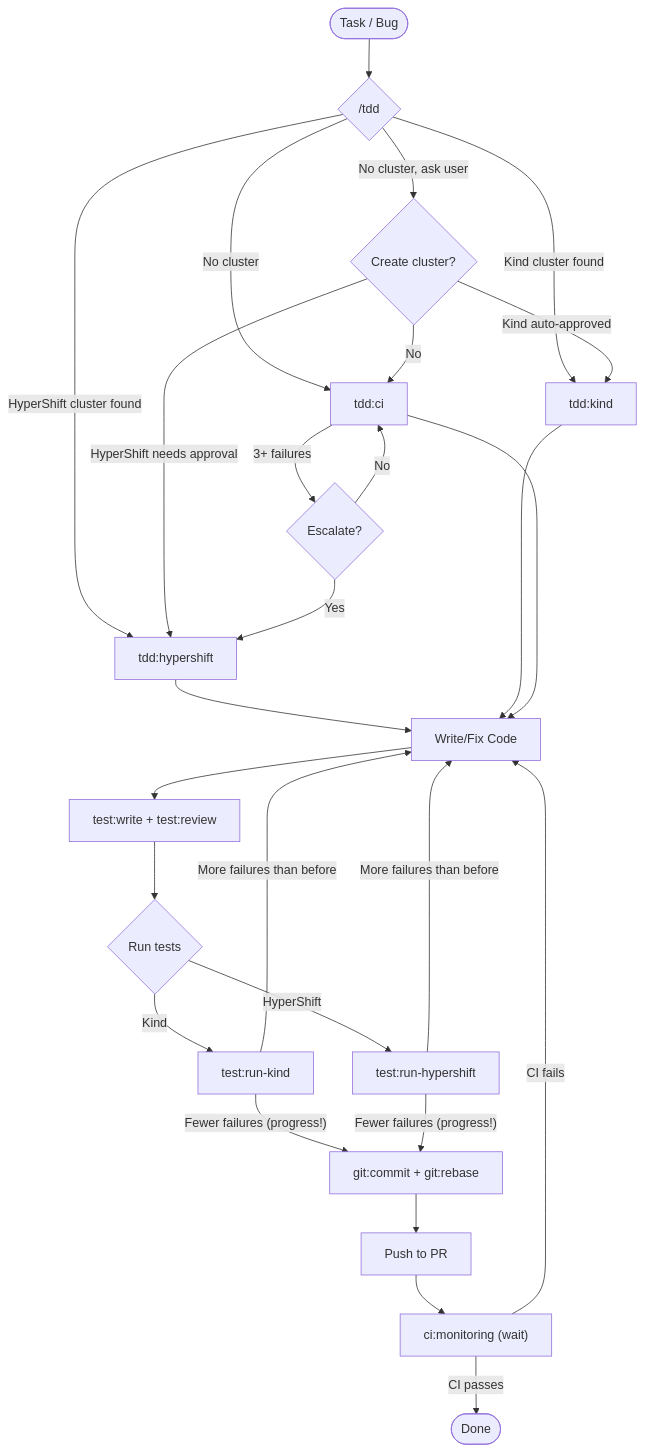
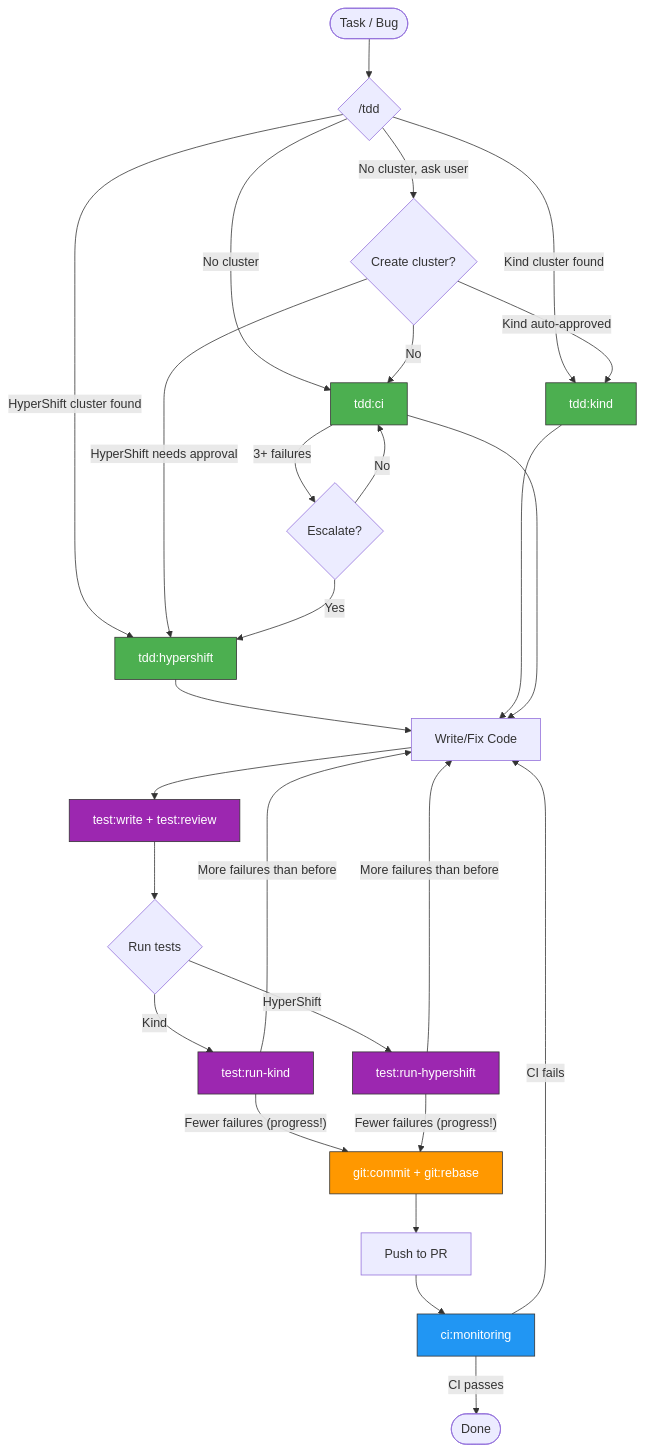
Before and after one commit to pdettori/kagenti: the first of 8 diagrams in .claude/skills/README.md, drawn with Mermaid. The commit also changed other lines of this file and 13 other files, not shown here.

First line of the commit message:
🌱 Add TOC, color-coded diagrams, cross-links, and review fixes

````diff
--- a/.claude/skills/README.md
+++ b/.claude/skills/README.md
@@ -19,32 +52,37 @@
 ```mermaid
 flowchart TD
     START([Task / Bug]) --> TDD{"/tdd"}
-    TDD -->|HyperShift cluster found| HS["tdd:hypershift"]
-    TDD -->|Kind cluster found| KIND["tdd:kind"]
-    TDD -->|No cluster| CI["tdd:ci"]
+    TDD -->|HyperShift cluster found| HS["tdd:hypershift"]:::tdd
+    TDD -->|Kind cluster found| KIND["tdd:kind"]:::tdd
+    TDD -->|No cluster| CI["tdd:ci"]:::tdd
     TDD -->|No cluster, ask user| CREATE{"Create cluster?"}
     CREATE -->|Kind auto-approved| KIND
     CREATE -->|HyperShift needs approval| HS
     CREATE -->|No| CI
 
     CI -->|"3+ failures"| ESCALATE{"Escalate?"}
     ESCALATE -->|Yes| HS
     ESCALATE -->|No| CI
 
     HS --> CODE[Write/Fix Code]
     KIND --> CODE
     CI --> CODE
 
-    CODE --> TESTLOOP["test:write + test:review"]
+    CODE --> TESTLOOP["test:write + test:review"]:::test
     TESTLOOP --> RUN{Run tests}
-    RUN -->|Kind| RUNKIND["test:run-kind"]
-    RUN -->|HyperShift| RUNHS["test:run-hypershift"]
+    RUN -->|Kind| RUNKIND["test:run-kind"]:::test
+    RUN -->|HyperShift| RUNHS["test:run-hypershift"]:::test
     RUNKIND -->|More failures than before| CODE
     RUNHS -->|More failures than before| CODE
-    RUNKIND -->|"Fewer failures (progress!)"| COMMIT["git:commit + git:rebase"]
+    RUNKIND -->|"Fewer failures (progress!)"| COMMIT["git:commit + git:rebase"]:::git
     RUNHS -->|"Fewer failures (progress!)"| COMMIT
     COMMIT --> PUSH[Push to PR]
-    PUSH --> MONITOR["ci:monitoring (wait)"]
+    PUSH --> MONITOR["ci:monitoring"]:::ci
     MONITOR -->|CI passes| DONE([Done])
     MONITOR -->|CI fails| CODE
+
+    classDef tdd fill:#4CAF50,stroke:#333,color:white
+    classDef test fill:#9C27B0,stroke:#333,color:white
+    classDef git fill:#FF9800,stroke:#333,color:white
+    classDef ci fill:#2196F3,stroke:#333,color:white
 ```
````
